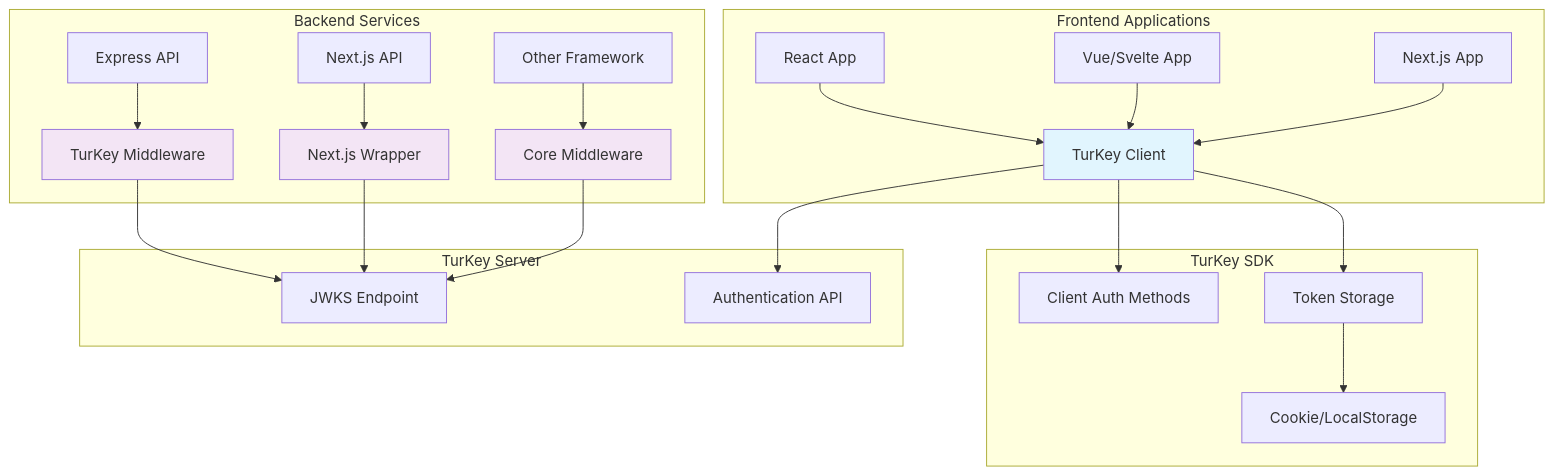
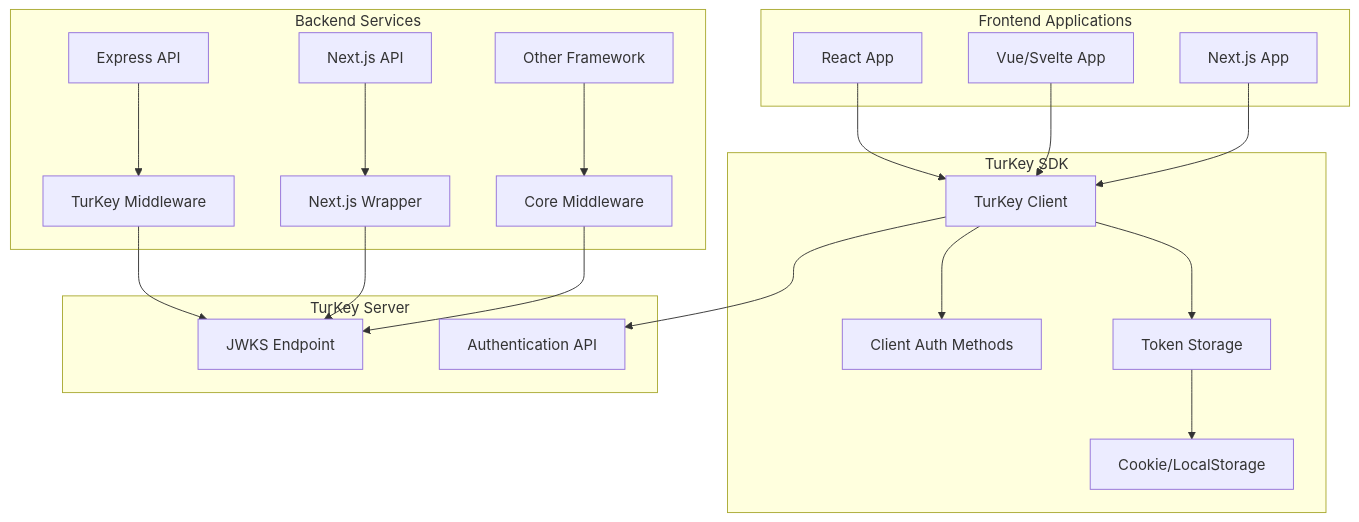
The first of 2 diagrams in README.md (jimmyjames88/turkey-sdk), drawn with Mermaid before and after one commit. The commit also changed other lines of this file and 15 other files, not shown here.

First line of the commit message:
feat: remove multi-tenancy, implement appId-based architecture

````diff
--- a/README.md
+++ b/README.md
@@ -21,35 +21,45 @@
 ```mermaid
-graph TB
-    subgraph "Frontend Applications"
-        A[React App] --> B[TurKey Client]
-        C[Vue/Svelte App] --> B
-        D[Next.js App] --> B
+flowchart TB
+    subgraph frontend ["Frontend Applications"]
+        A[React App]
+        C[Vue/Svelte App]
+        D[Next.js App]
     end
 
-    subgraph "TurKey SDK"
-        B --> E[Token Storage]
-        B --> F[Client Auth Methods]
-        E --> G[Cookie/LocalStorage]
+    subgraph sdk ["TurKey SDK"]
+        B[TurKey Client]
+        E[Token Storage]
+        F[Client Auth Methods]
+        G[Cookie/LocalStorage]
     end
 
-    subgraph "Backend Services"
-        H[Express API] --> I[TurKey Middleware]
-        J[Next.js API] --> K[Next.js Wrapper]
-        L[Other Framework] --> M[Core Middleware]
+    subgraph backend ["Backend Services"]
+        H[Express API]
+        I[TurKey Middleware]
+        J[Next.js API]
+        K[Next.js Wrapper]
+        L[Other Framework]
+        M[Core Middleware]
     end
 
-    subgraph "TurKey Server"
+    subgraph server ["TurKey Server"]
         N[Authentication API]
         O[JWKS Endpoint]
     end
+
+    A --> B
+    C --> B
+    D --> B
+    B --> E
+    B --> F
+    E --> G
+
+    H --> I
+    J --> K
+    L --> M
 
     B --> N
     I --> O
     K --> O
     M --> O
-
-    style B fill:#e1f5fe
-    style I fill:#f3e5f5
-    style K fill:#f3e5f5
-    style M fill:#f3e5f5
 ```
````
